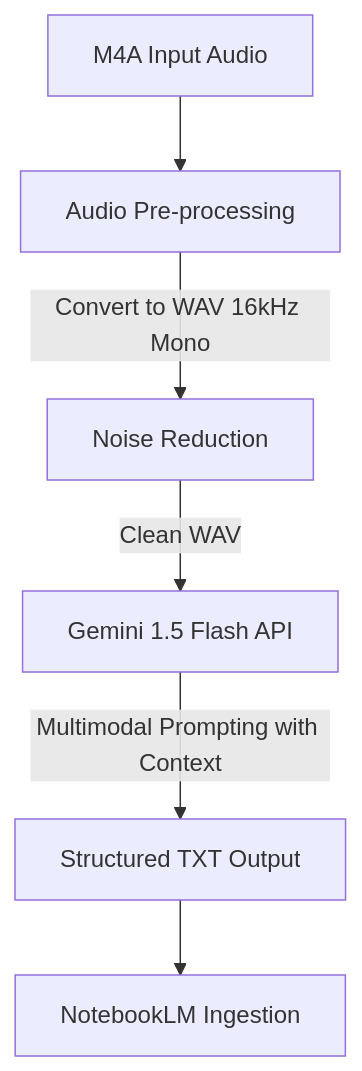
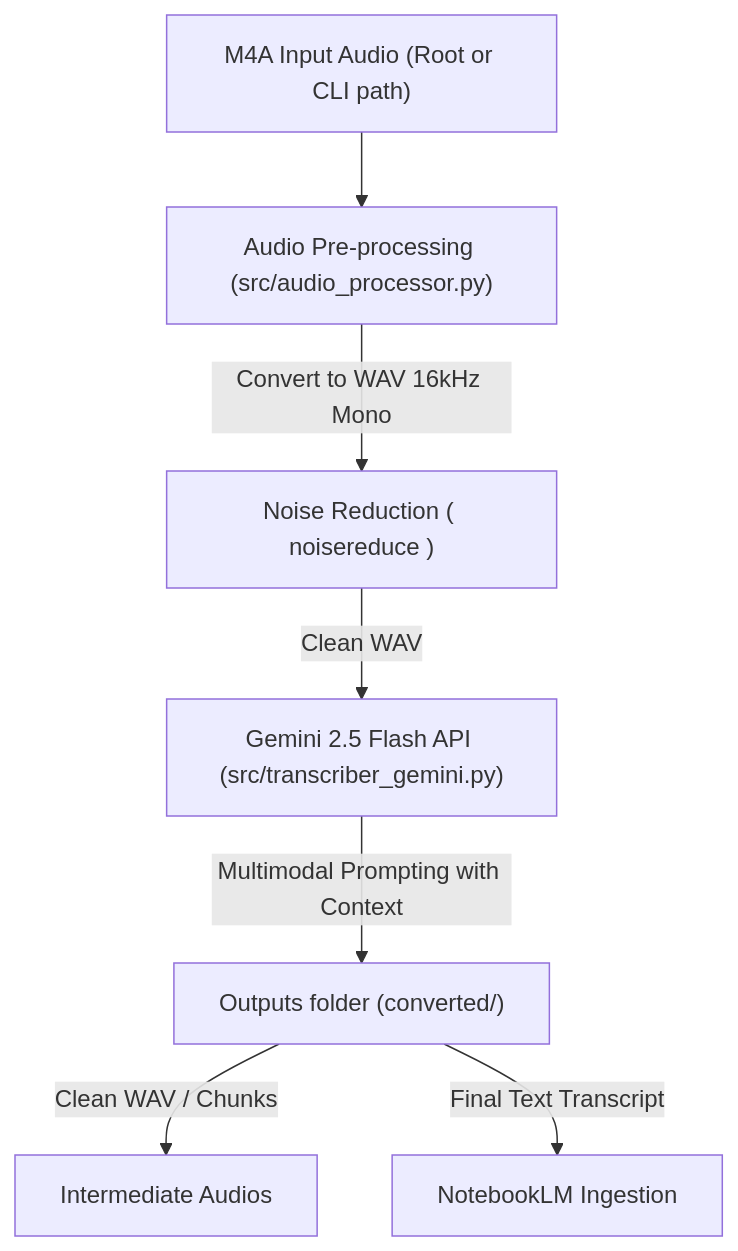
One commit to paduladiego/ScribePy changed the diagram in infrastructure.md. Above: the diagram before and after it, drawn with Mermaid. The commit also changed other lines of this file and 11 other files, not shown here.

````diff
--- a/infrastructure.md
+++ b/infrastructure.md
@@ -9,8 +9,9 @@
 ```mermaid
 graph TD
-    A[M4A Input Audio] --> B[Audio Pre-processing]
-    B -->|Convert to WAV 16kHz Mono| C[Noise Reduction]
-    C -->|Clean WAV| D[Gemini 1.5 Flash API]
-    D -->|Multimodal Prompting with Context| E[Structured TXT Output]
-    E --> F[NotebookLM Ingestion]
+    A["M4A Input Audio (Root or CLI path)"] --> B["Audio Pre-processing (src/audio_processor.py)"]
+    B -->|Convert to WAV 16kHz Mono| C["Noise Reduction ( noisereduce )"]
+    C -->|Clean WAV| D["Gemini 2.5 Flash API (src/transcriber_gemini.py)"]
+    D -->|Multimodal Prompting with Context| E["Outputs folder (converted/)"]
+    E -->|Clean WAV / Chunks| F["Intermediate Audios"]
+    E -->|Final Text Transcript| G["NotebookLM Ingestion"]
 ```
````
